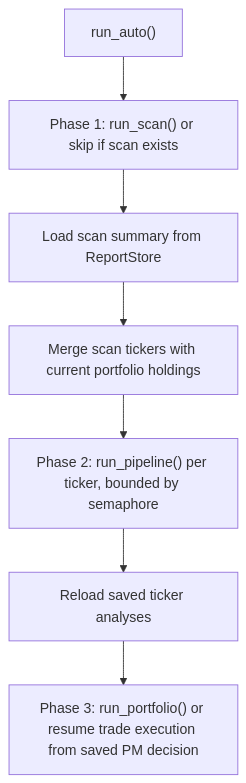
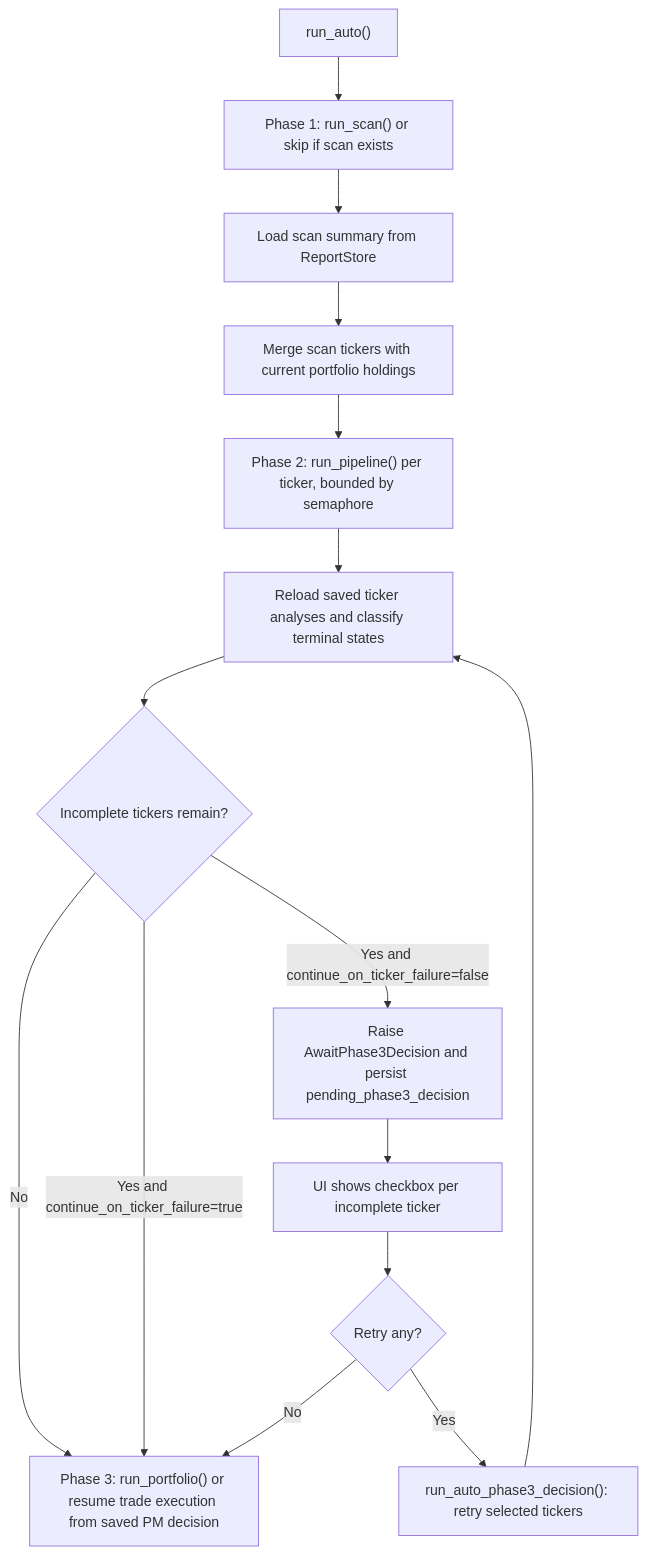
One commit to TauricResearch/TradingAgents changed the fourth of 4 diagrams in docs/graph_execution_reference.md. Above: the diagram before and after it, drawn with Mermaid. The commit also changed other lines of this file and 3 other files, not shown here.

Commit message:
Document Phase 3 decision architecture

````diff
--- a/docs/graph_execution_reference.md
+++ b/docs/graph_execution_reference.md
@@ -240,9 +240,17 @@
 ```mermaid
 flowchart TD
     A["run_auto()"] --> B["Phase 1: run_scan() or skip if scan exists"]
     B --> C["Load scan summary from ReportStore"]
     C --> D["Merge scan tickers with current portfolio holdings"]
     D --> E["Phase 2: run_pipeline() per ticker, bounded by semaphore"]
-    E --> F["Reload saved ticker analyses"]
-    F --> G["Phase 3: run_portfolio() or resume trade execution from saved PM decision"]
+    E --> F["Reload saved ticker analyses and classify terminal states"]
+    F --> G{"Incomplete tickers remain?"}
+    G -->|No| H["Phase 3: run_portfolio() or resume trade execution from saved PM decision"]
+    G -->|Yes and continue_on_ticker_failure=true| H
+    G -->|Yes and continue_on_ticker_failure=false| I["Raise AwaitPhase3Decision and persist pending_phase3_decision"]
+    I --> J["UI shows checkbox per incomplete ticker"]
+    J --> K{"Retry any?"}
+    K -->|Yes| L["run_auto_phase3_decision(): retry selected tickers"]
+    L --> F
+    K -->|No| H
 ```
````
